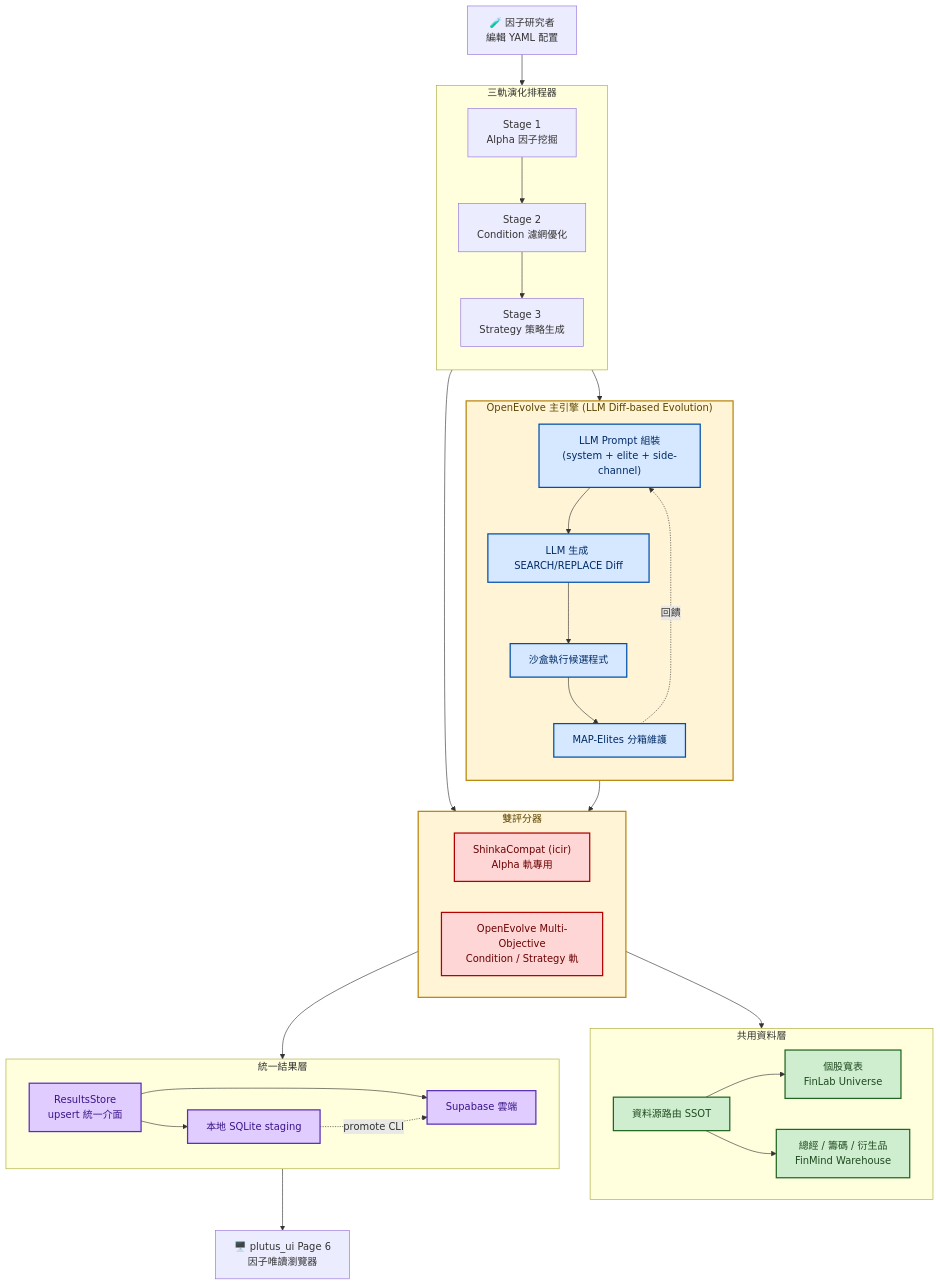
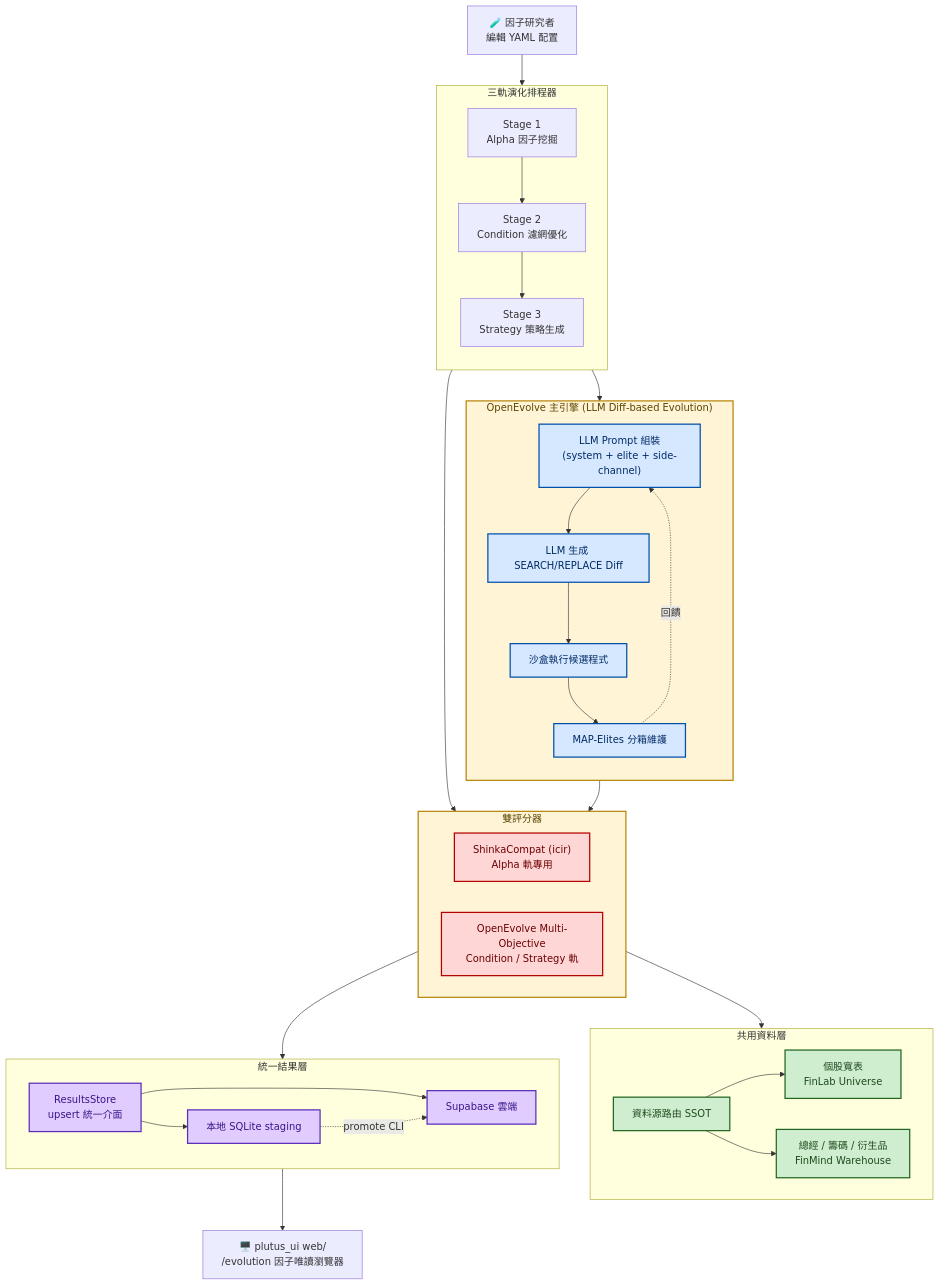
The second of 6 diagrams in flowcharts/evolution_lab.md (Jang-jhih/quant-interview-prep), drawn with Mermaid before and after one commit. The commit also changed other lines of this file and 18 other files, not shown here.

````diff
--- a/flowcharts/evolution_lab.md
+++ b/flowcharts/evolution_lab.md
@@ -25,69 +55,69 @@
 ```mermaid
 %%{init: {'theme':'base', 'themeVariables': {'primaryColor':'#ececec','primaryTextColor':'#1a1a1a','primaryBorderColor':'#555555','lineColor':'#555555','secondaryColor':'#e0e0e0','tertiaryColor':'#f0f0f0','fontFamily':'"Noto Sans TC", "Microsoft JhengHei", sans-serif'}}}%%
 flowchart TD
     USER["🧪 因子研究者<br/>編輯 YAML 配置"] --> SCHEDULER
 
     subgraph SCHEDULER["三軌演化排程器"]
         direction TB
         S1["Stage 1<br/>Alpha 因子挖掘"]
         S2["Stage 2<br/>Condition 濾網優化"]
         S3["Stage 3<br/>Strategy 策略生成"]
         S1 --> S2 --> S3
     end
 
     SCHEDULER --> ENGINE
     SCHEDULER --> SCORER
 
     subgraph ENGINE["OpenEvolve 主引擎 (LLM Diff-based Evolution)"]
         direction TB
         E1["LLM Prompt 組裝<br/>(system + elite + side-channel)"]
         E2["LLM 生成 SEARCH/REPLACE Diff"]
         E3["沙盒執行候選程式"]
         E4["MAP-Elites 分箱維護"]
         E1 --> E2 --> E3 --> E4
         E4 -.回饋.-> E1
     end
 
     subgraph SCORER["雙評分器"]
         direction LR
         SC1["ShinkaCompat (icir)<br/>Alpha 軌專用"]
         SC2["OpenEvolve Multi-Objective<br/>Condition / Strategy 軌"]
     end
 
     ENGINE --> SCORER
     SCORER --> DATA
 
     subgraph DATA["共用資料層"]
         direction LR
         D1["個股寬表<br/>FinLab Universe"]
         D2["總經 / 籌碼 / 衍生品<br/>FinMind Warehouse"]
         D3["資料源路由 SSOT"]
         D3 --> D1
         D3 --> D2
     end
 
     SCORER --> STORE
 
     subgraph STORE["統一結果層"]
         direction LR
         R1["ResultsStore<br/>upsert 統一介面"]
         R2["本地 SQLite staging"]
         R3["Supabase 雲端"]
         R1 --> R2
         R1 --> R3
         R2 -.promote CLI.-> R3
     end
 
-    STORE --> UI["🖥️ plutus_ui Page 6<br/>因子唯讀瀏覽器"]
+    STORE --> UI["🖥️ plutus_ui web/<br/>/evolution 因子唯讀瀏覽器"]
 
     classDef highlight fill:#fff4d6,stroke:#b8860b,stroke-width:2px,color:#5c4500;
     classDef loop fill:#d6e8ff,stroke:#0050aa,stroke-width:2px,color:#002b66;
     classDef eval fill:#ffd6d6,stroke:#b30000,stroke-width:2px,color:#6b0000;
     classDef finlab fill:#cfeecf,stroke:#226622,stroke-width:2px,color:#1f4a1f;
     classDef baseline fill:#e0ccff,stroke:#5a2eb8,stroke-width:2px,color:#3a1488;
     class ENGINE,SCORER highlight;
     class E1,E2,E3,E4 loop;
     class SC1,SC2 eval;
     class D1,D2,D3 finlab;
     class R1,R2,R3 baseline;
 ```
````
